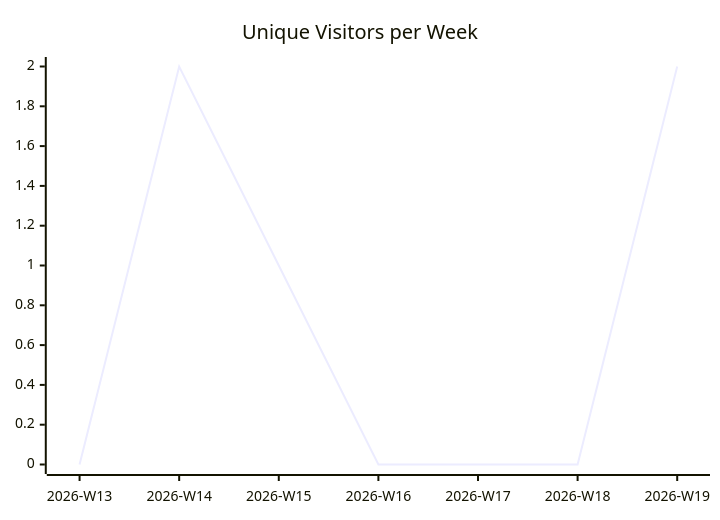
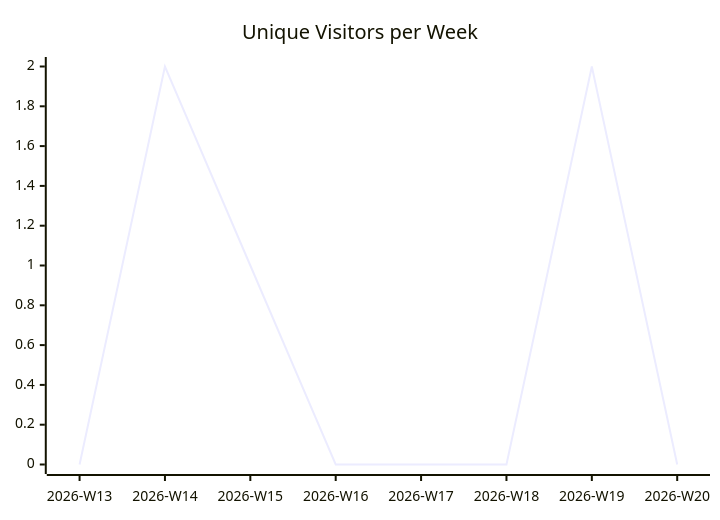
The first of 3 diagrams in karlmdavis/justdavis-ansible/README.md (justdavis-family/github-analytics-data), drawn with Mermaid before and after one commit. The commit also changed other lines of this file and 176 other files, not shown here.

````diff
--- a/karlmdavis/justdavis-ansible/README.md
+++ b/karlmdavis/justdavis-ansible/README.md
@@ -5,6 +5,6 @@
 ```mermaid
 xychart-beta
   title "Unique Visitors per Week"
-  x-axis ["2026-W13", "2026-W14", "2026-W15", "2026-W16", "2026-W17", "2026-W18", "2026-W19"]
-  line [0, 2, 1, 0, 0, 0, 2]
+  x-axis ["2026-W13", "2026-W14", "2026-W15", "2026-W16", "2026-W17", "2026-W18", "2026-W19", "2026-W20"]
+  line [0, 2, 1, 0, 0, 0, 2, 0]
 ```
````
